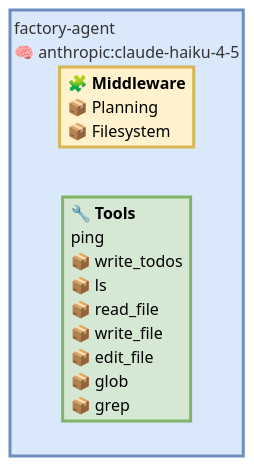
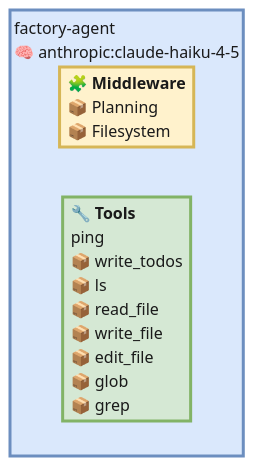
One commit to rvernica/deepagents-viz changed the second of 3 diagrams in examples.md. Above: the diagram before and after it, drawn with Mermaid (forest theme). The commit also changed other lines of this file and 3 other files, not shown here.

First line of the commit message:
Fix GitHub dark-mode diagram legibility; refresh README and examples (#5)

````diff
--- a/examples.md
+++ b/examples.md
@@ -241,11 +241,11 @@
 ```mermaid
 %%{init: {'flowchart': {'subGraphTitleMargin': {'top': 6, 'bottom': 16}, 'padding': 4}}}%%
 graph TD
-  classDef mwBox fill:#fff2cc,stroke:#d6b656,stroke-width:3px;
-  classDef toolBox fill:#d5e8d4,stroke:#82b366,stroke-width:3px;
+  classDef mwBox fill:#fff2cc,stroke:#d6b656,stroke-width:3px,color:#1a1a1a;
+  classDef toolBox fill:#d5e8d4,stroke:#82b366,stroke-width:3px,color:#1a1a1a;
   subgraph factory_agent["factory-agent<br/>🧠 anthropic:claude-haiku-4-5"]
     factory_agent_mw["<div style='text-align:left'>🧩 <b>Middleware</b><br/>📦 Planning<br/>📦 Filesystem</div>"]:::mwBox
     factory_agent_t["<div style='text-align:left'>🔧 <b>Tools</b><br/>ping<br/>📦 write_todos<br/>📦 ls<br/>📦 read_file<br/>📦 write_file<br/>📦 edit_file<br/>📦 glob<br/>📦 grep</div>"]:::toolBox
   end
-  style factory_agent fill:#dae8fc,stroke:#6c8ebf,stroke-width:3px;
+  style factory_agent fill:#dae8fc,stroke:#6c8ebf,stroke-width:3px,color:#1a1a1a;
 ```
````
